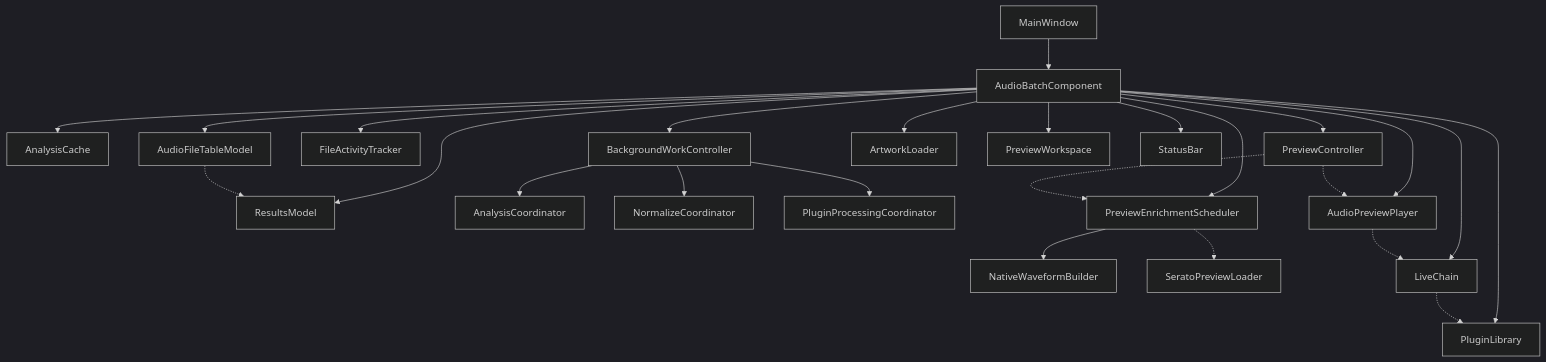
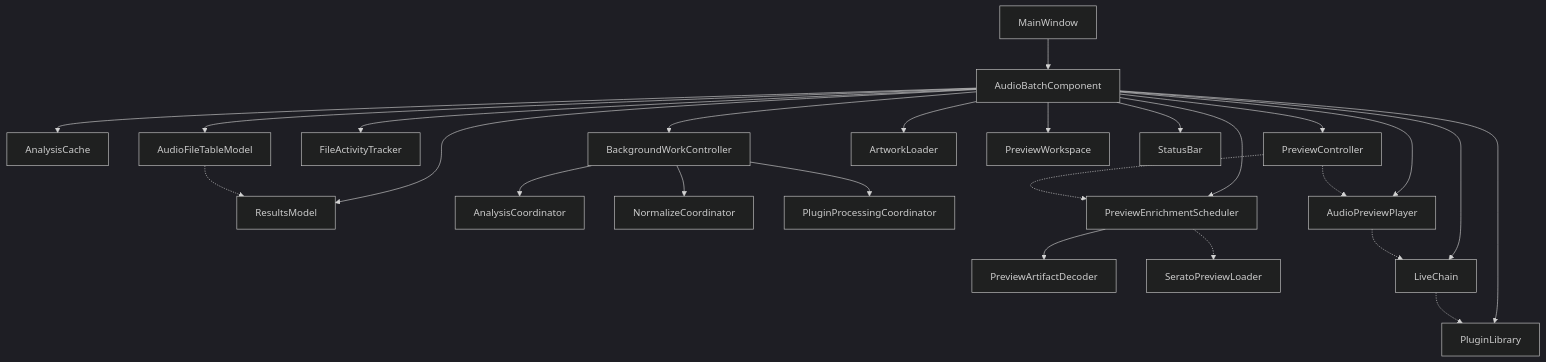
One commit to Esgrove/AudioBatch changed the second of 7 diagrams in cpp/ARCHITECTURE.md. Above: the diagram before and after it, drawn with Mermaid (dark theme). The commit also changed other lines of this file and 22 other files, not shown here.

````diff
--- a/cpp/ARCHITECTURE.md
+++ b/cpp/ARCHITECTURE.md
@@ -67,27 +67,27 @@
 ```mermaid
 flowchart TD
     MainWindow --> AudioBatchComponent
     AudioBatchComponent --> AnalysisCache
     AudioBatchComponent --> ResultsModel
     AudioBatchComponent --> AudioFileTableModel
     AudioFileTableModel -.-> ResultsModel
     AudioBatchComponent --> FileActivityTracker
     AudioBatchComponent --> BackgroundWorkController
     BackgroundWorkController --> AnalysisCoordinator
     BackgroundWorkController --> NormalizeCoordinator
     BackgroundWorkController --> PluginProcessingCoordinator
     AudioBatchComponent --> AudioPreviewPlayer
     AudioBatchComponent --> PreviewController
     AudioBatchComponent --> ArtworkLoader
     AudioBatchComponent --> PreviewEnrichmentScheduler
     PreviewController -.-> PreviewEnrichmentScheduler
-    PreviewEnrichmentScheduler --> NativeWaveformBuilder
+    PreviewEnrichmentScheduler --> PreviewArtifactDecoder
     PreviewEnrichmentScheduler -.-> SeratoPreviewLoader
     PreviewController -.-> AudioPreviewPlayer
     AudioBatchComponent --> PluginLibrary
     AudioBatchComponent --> LiveChain
     LiveChain -.-> PluginLibrary
     AudioPreviewPlayer -.-> LiveChain
     AudioBatchComponent --> PreviewWorkspace
     AudioBatchComponent --> StatusBar
 ```
````
